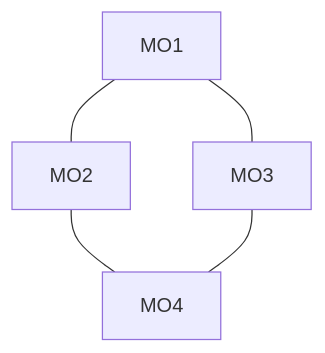
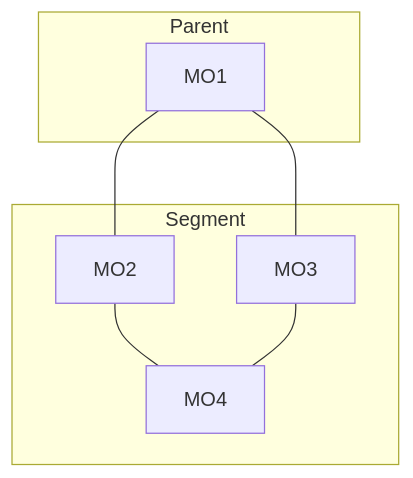
The eighth of 11 diagrams in src/en/reference/network-segment.rst (nocproject/noc), drawn with Mermaid before and after one commit. The commit also changed other lines of this file, not shown here.

Commit message:
Network Segment: Sibling Segments

```diff
--- a/src/en/reference/network-segment.rst
+++ b/src/en/reference/network-segment.rst
@@ -207,7 +207,15 @@
 .. mermaid::
 
     graph TB
+        subgraph Parent
+        MO1
+        end
+        subgraph Segment
+        MO2
+        MO3
+        MO4
+        end
         MO1 --- MO2
         MO1 --- MO3
         MO2 --- MO4
         MO3 --- MO4
```
